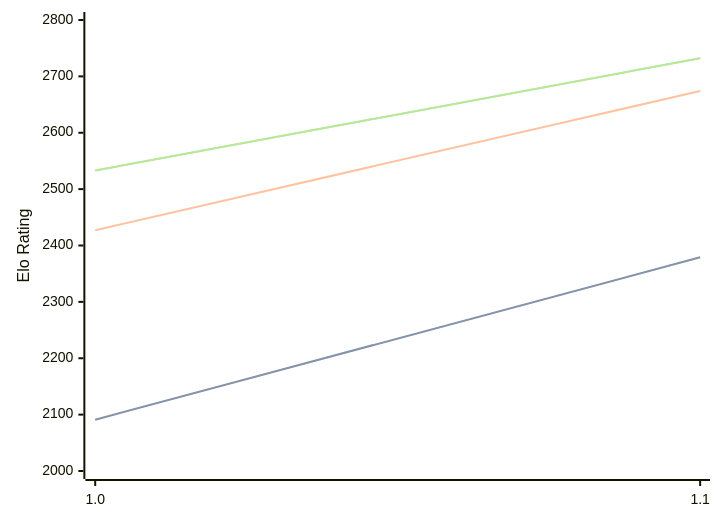
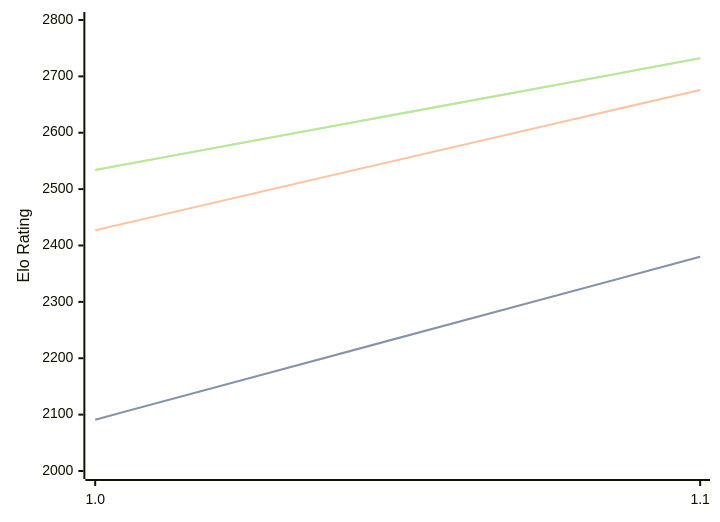
The diagram in engines/Erinn.md (computer-chess-index/cci), drawn with Mermaid before and after one commit. The commit also changed other lines of this file, not shown here.

Commit message:
Update CCI Ratings (ELO VLTC) - 2026-09-13

````diff
--- a/engines/Erinn.md
+++ b/engines/Erinn.md
@@ -32,11 +32,11 @@
 ```mermaid
 %%{init: {"theme":"base","themeVariables":{"seriesColors:['#a3a3a3','#222221','#faa371']}}}%%
 xychart-beta
   x-axis ["1.0", "1.1"]
   y-axis "Elo Rating" 2000 --> 2800
-  line "" [2091, 2379]
-  line "STC (8.0+0.08s)" [2091, 2379]
-  line "LTC (60.0+0.60s)" [2427, 2674]
-  line "" [2533, 2732]
-  line "VLTC (2m24s+1.12s)" [2533, 2732]
+  line "" [2091, 2380]
+  line "STC (8.0+0.08s)" [2091, 2380]
+  line "LTC (60.0+0.60s)" [2427, 2676]
+  line "" [2534, 2732]
+  line "VLTC (2m24s+1.12s)" [2534, 2732]
 ```
````
